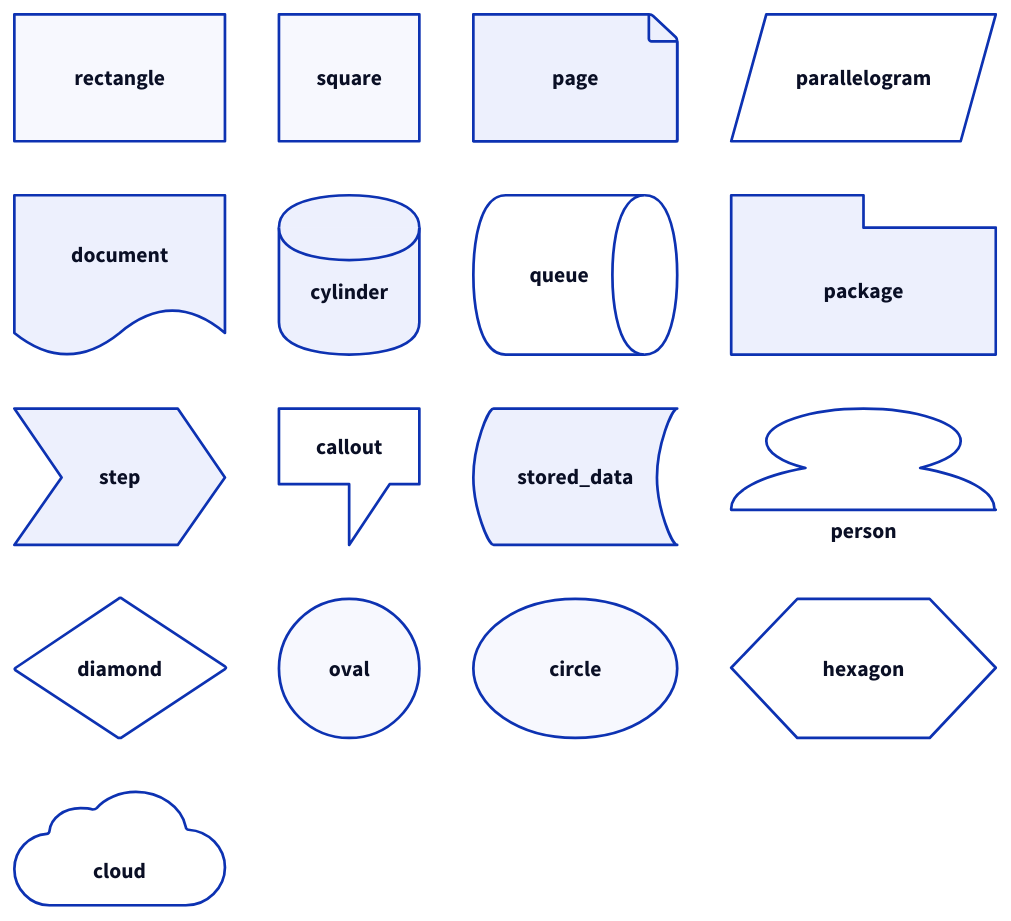
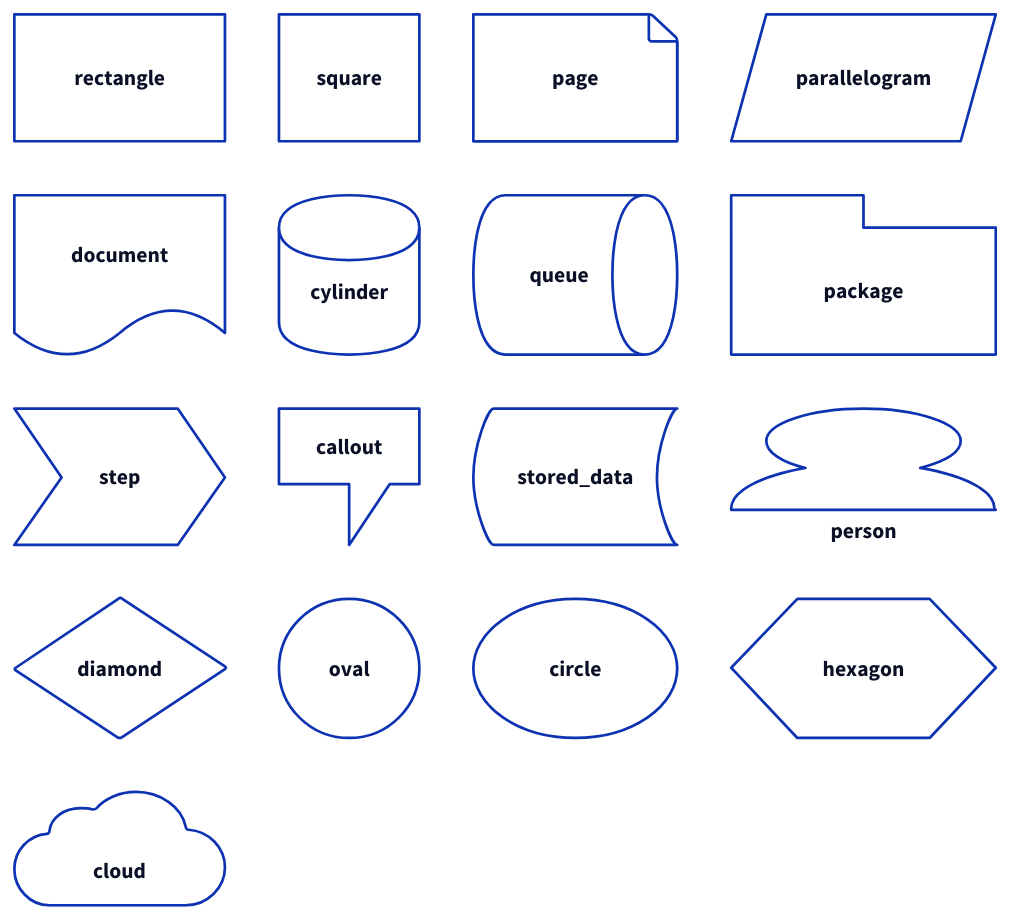
One commit to terrastruct/d2-docs changed the diagram in static/d2/shapes-3.d2. Above: the diagram before and after it, drawn with D2. The commit also changed 1 other file, not shown here.

```diff
--- a/static/d2/shapes-3.d2
+++ b/static/d2/shapes-3.d2
@@ -1,28 +1,41 @@
 # Shape catalog of standard shapes
- 
+
+style.fill: transparent
+
 grid-rows: 4
 grid-columns: 4
 rectangle.shape: rectangle
 square.shape: square
 page.shape: page
 parallelogram.shape: parallelogram
 document.shape: document
 cylinder.shape: cylinder
 queue.shape: queue
 package.shape: package
 step.shape: step
 callout.shape: callout
 stored_data.shape: stored_data
 person.shape: person
 diamond.shape: diamond
 oval.shape: oval
 circle.shape: circle
 hexagon.shape: hexagon
 cloud.shape: cloud
 
 # Color fixups to ensure all shapes have white fill
+# TODO change this to use globs when implemented
 parallelogram.style.fill: white
 queue.style.fill: white
 person.style.fill: white
 diamond.style.fill: white
 hexagon.style.fill: white
+page.style.fill: white
+document.style.fill: white
+cylinder.style.fill: white
+package.style.fill: white
+step.style.fill: white
+stored_data.style.fill: white
+square.style.fill: white
+oval.style.fill: white
+circle.style.fill: white
+rectangle.style.fill: white
```
